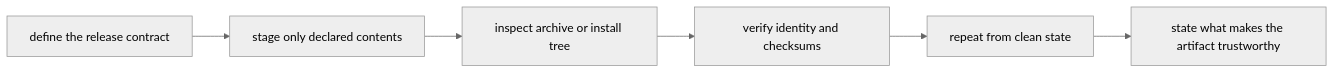
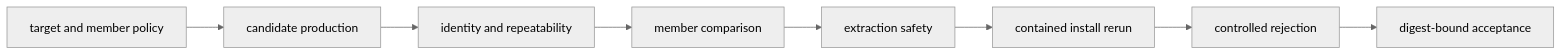
The diagram in programs/reproducible-research/deep-dive-make/course-book/module-08-release-engineering-artifact-contracts/exercises.md (bijux/bijux-masterclass), drawn with Mermaid (neutral theme) before and after one commit. The commit also changed other lines of this file, not shown here.

````diff
--- a/programs/reproducible-research/deep-dive-make/course-book/module-08-release-engineering-artifact-contracts/exercises.md
+++ b/programs/reproducible-research/deep-dive-make/course-book/module-08-release-engineering-artifact-contracts/exercises.md
@@ -74,11 +38,10 @@
 ```mermaid
 flowchart LR
-  contract["define the release contract"]
-  stage["stage only declared contents"]
-  inspect["inspect archive or install tree"]
-  verify["verify identity and checksums"]
-  repeat["repeat from clean state"]
-  publish["state what makes the artifact trustworthy"]
-
-  contract --> stage --> inspect --> verify --> repeat --> publish
+  contract["target and member policy"] --> produce["candidate production"]
+  produce --> identity["identity and repeatability"]
+  identity --> contents["member comparison"]
+  contents --> safety["extraction safety"]
+  safety --> install["contained install rerun"]
+  install --> failures["controlled rejection"]
+  failures --> handoff["digest-bound acceptance"]
 ```
````
